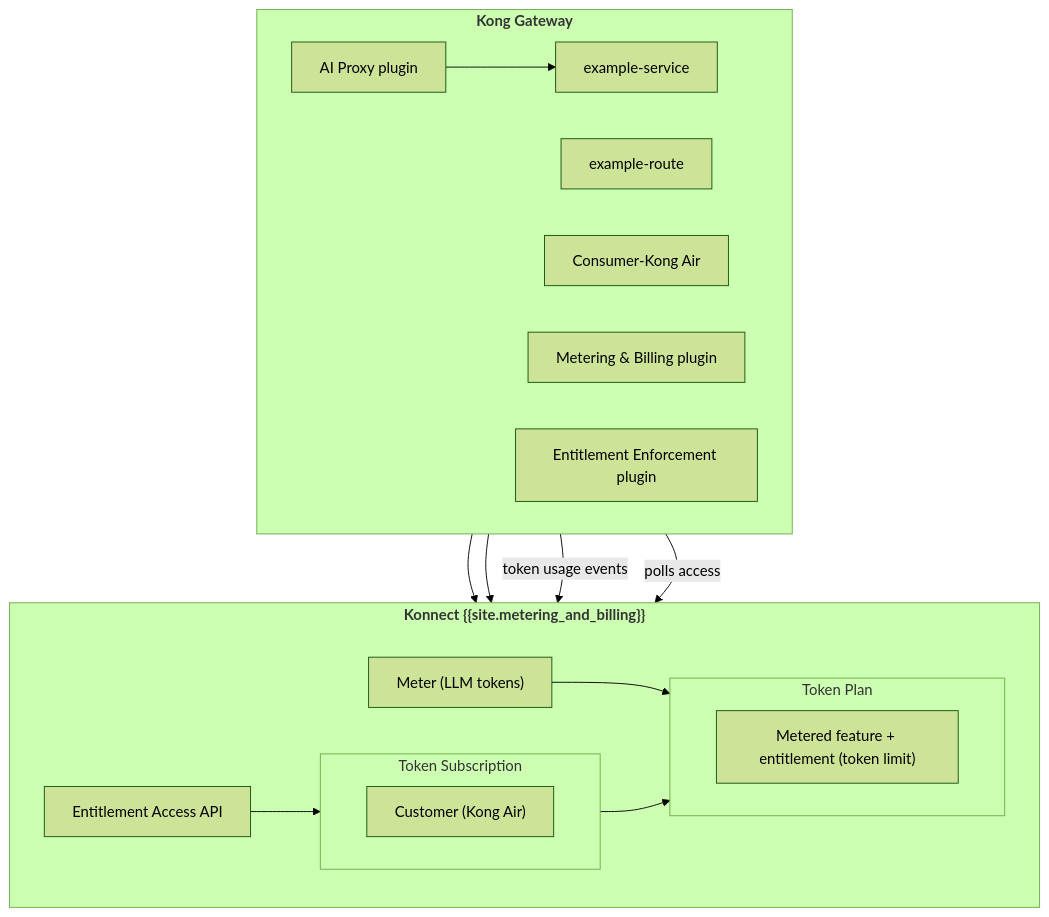
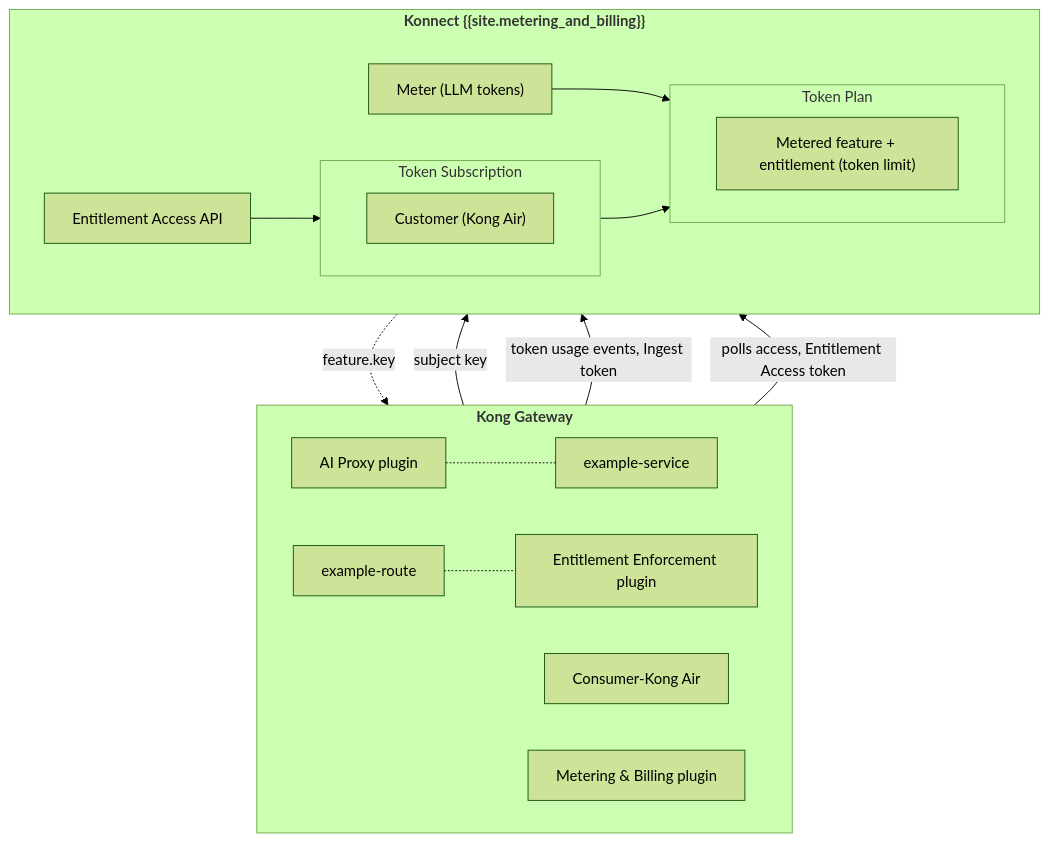
The diagram in app/_how-tos/ai-gateway/enforce-entitlements-on-llm-traffic.md (Kong/developer.konghq.com), drawn with Mermaid (forest theme) before and after one commit. The commit also changed other lines of this file and 1 other file, not shown here.

First line of the commit message:
docs(metering-and-billing): explain the configuration workflow up front

```diff
--- a/app/_how-tos/ai-gateway/enforce-entitlements-on-llm-traffic.md
+++ b/app/_how-tos/ai-gateway/enforce-entitlements-on-llm-traffic.md
@@ -101,34 +146,35 @@
 {% mermaid %}
 flowchart TB
   subgraph gateway["<b>Kong Gateway</b>"]
     direction LR
         service["example-service"]
         route["example-route"]
         consumer1["Consumer-Kong Air"]
         proxy["AI Proxy plugin"]
         metering["Metering & Billing plugin"]
         enforcement["Entitlement Enforcement plugin"]
   end
   subgraph mb["<b>Konnect {{site.metering_and_billing}}</b>"]
     direction LR
         meter["Meter (LLM tokens)"]
     subgraph plan["Token Plan"]
       direction LR
           feature2["Metered feature + entitlement (token limit)"]
     end
     subgraph subscription["Token Subscription"]
       direction LR
           customer1["Customer (Kong Air)"]
     end
     access["Entitlement Access API"]
   end
-    proxy --> service
-    service --> meter
+    proxy -.- service
+    route -.- enforcement
     meter --> feature2
-    consumer1 --> customer1
+    consumer1 -->|subject key| customer1
     subscription --> plan
-    metering -->|token usage events| meter
-    enforcement -->|polls access| access
+    metering -->|token usage events, Ingest token| meter
+    enforcement -->|polls access, Entitlement Access token| access
     access --> customer1
+    feature2 -.->|feature.key| enforcement
 
 {% endmermaid %}
```
